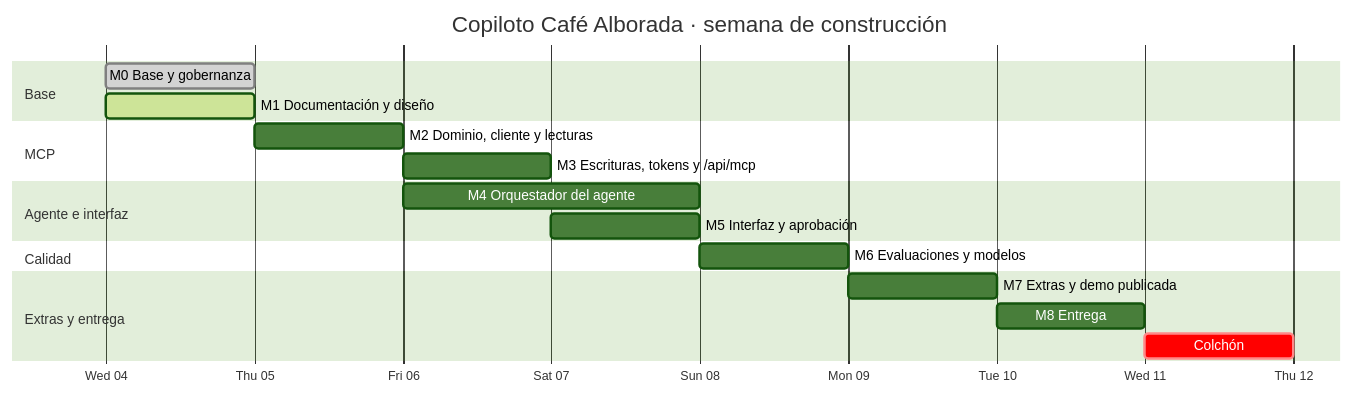
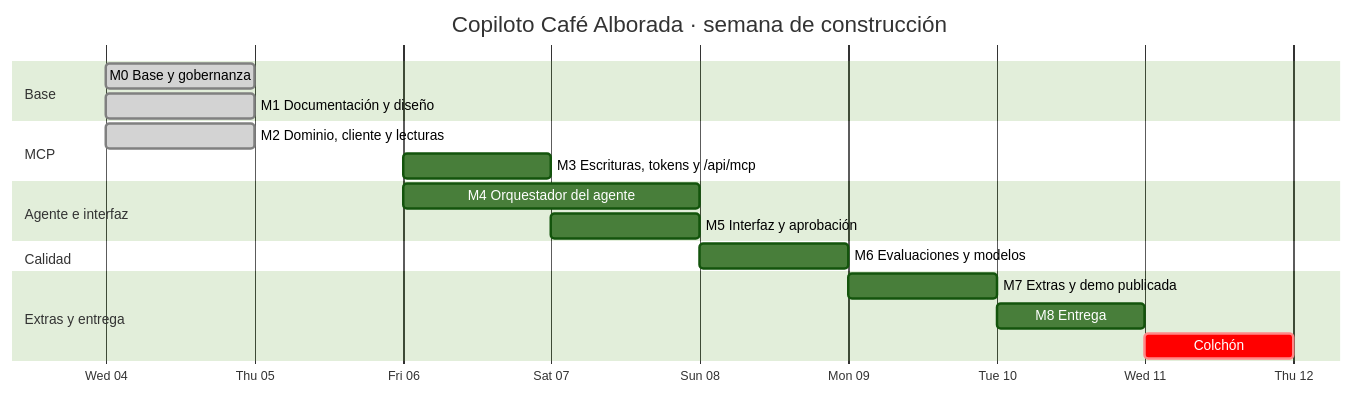
The first of 3 diagrams in docs/specs/09_PLAN_IMPLEMENTACION.md (omonroyt/pt_luyoa), drawn with Mermaid (forest theme) before and after one commit. The commit also changed other lines of this file and 1 other file, not shown here.

Commit message:
docs(repo): documenta el servidor mcp, las referencias y el cierre del hito 2
Catálogo de herramientas, comandos de uso y prueba, y M1-M2 como hechos.

````diff
--- a/docs/specs/09_PLAN_IMPLEMENTACION.md
+++ b/docs/specs/09_PLAN_IMPLEMENTACION.md
@@ -17,26 +17,26 @@
 ```mermaid
 gantt
     title Copiloto Café Alborada · semana de construcción
     dateFormat YYYY-MM-DD
     axisFormat %a %d
 
     section Base
     M0 Base y gobernanza                 :done, m0, 2026-11-04, 1d
-    M1 Documentación y diseño            :active, m1, 2026-11-04, 1d
+    M1 Documentación y diseño            :done, m1, 2026-11-04, 1d
 
     section MCP
-    M2 Dominio, cliente y lecturas       :m2, 2026-11-05, 1d
+    M2 Dominio, cliente y lecturas       :done, m2, 2026-11-04, 1d
     M3 Escrituras, tokens y /api/mcp     :m3, 2026-11-06, 1d
 
     section Agente e interfaz
     M4 Orquestador del agente            :m4, 2026-11-06, 2d
     M5 Interfaz y aprobación             :m5, 2026-11-07, 1d
 
     section Calidad
     M6 Evaluaciones y modelos            :m6, 2026-11-08, 1d
 
     section Extras y entrega
     M7 Extras y demo publicada           :m7, 2026-11-09, 1d
     M8 Entrega                           :m8, 2026-11-10, 1d
     Colchón                              :crit, buf, 2026-11-11, 1d
 ```
````
